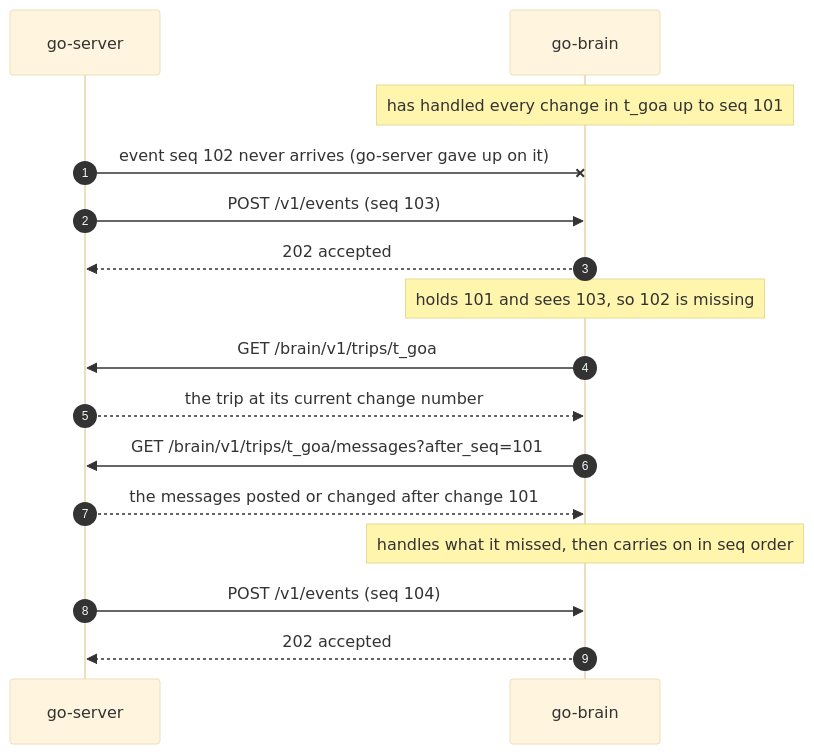
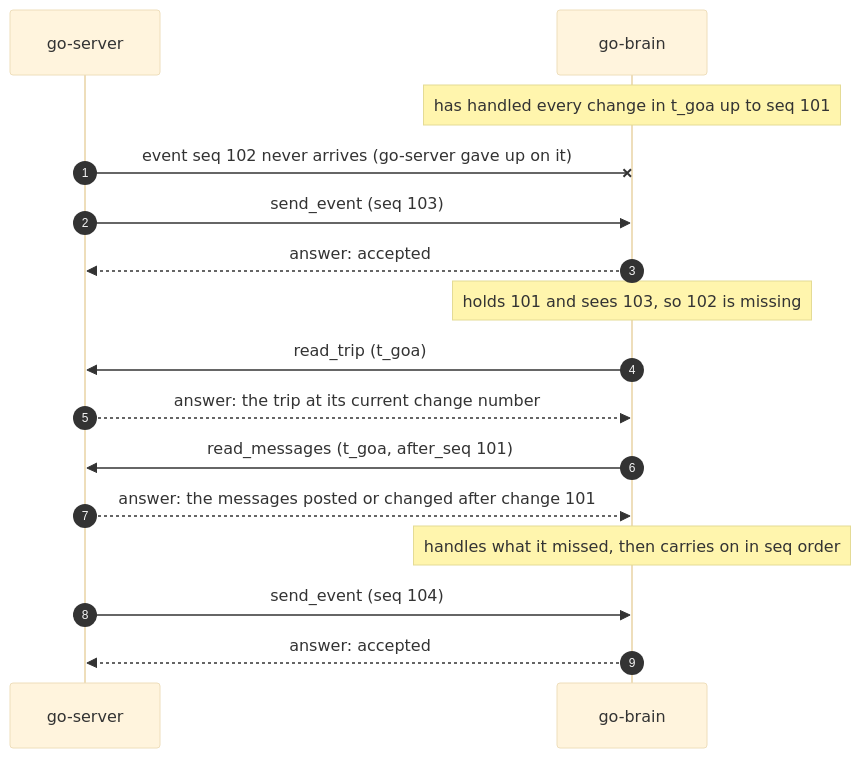
One commit to vestra-ai/go-brain changed the eighth of 8 diagrams in docs/guide/09-flows.md. Above: the diagram before and after it, drawn with Mermaid (base theme). The commit also changed other lines of this file and 23 other files, not shown here.

````diff
--- a/docs/guide/09-flows.md
+++ b/docs/guide/09-flows.md
@@ -239,18 +250,18 @@
 ```mermaid
 sequenceDiagram
   autonumber
   participant server as go-server
   participant brain as go-brain
   Note over brain: has handled every change in t_goa up to seq 101
   server-xbrain: event seq 102 never arrives (go-server gave up on it)
-  server->>brain: POST /v1/events (seq 103)
-  brain-->>server: 202 accepted
+  server->>brain: send_event (seq 103)
+  brain-->>server: answer: accepted
   Note over brain: holds 101 and sees 103, so 102 is missing
-  brain->>server: GET /brain/v1/trips/t_goa
-  server-->>brain: the trip at its current change number
-  brain->>server: GET /brain/v1/trips/t_goa/messages?after_seq=101
-  server-->>brain: the messages posted or changed after change 101
+  brain->>server: read_trip (t_goa)
+  server-->>brain: answer: the trip at its current change number
+  brain->>server: read_messages (t_goa, after_seq 101)
+  server-->>brain: answer: the messages posted or changed after change 101
   Note over brain: handles what it missed, then carries on in seq order
-  server->>brain: POST /v1/events (seq 104)
-  brain-->>server: 202 accepted
+  server->>brain: send_event (seq 104)
+  brain-->>server: answer: accepted
 ```
````
